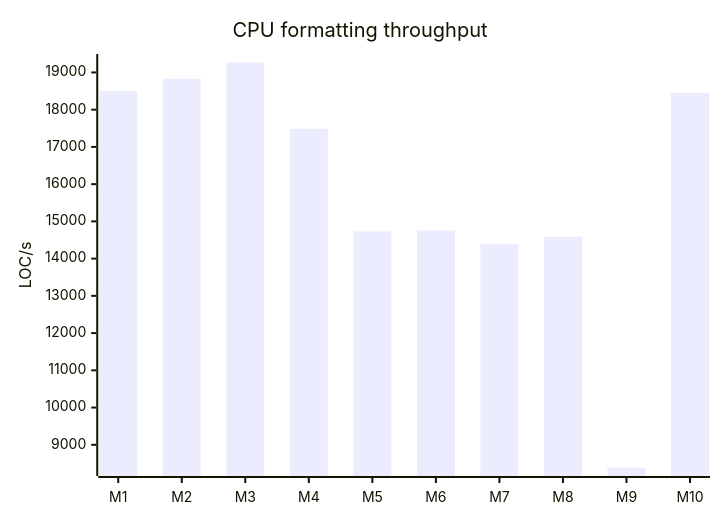
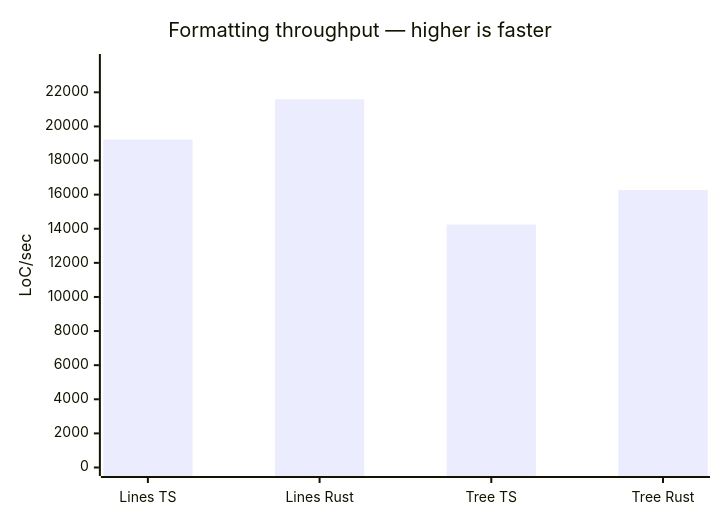
One commit to kossnocorp/spacer changed the third of 10 diagrams in docs/benchmark.md. Above: the diagram before and after it, drawn with Mermaid. The commit also changed other lines of this file and 44 other files, not shown here.

````diff
--- a/docs/benchmark.md
+++ b/docs/benchmark.md
@@ -30,7 +50,7 @@
 ```mermaid
 xychart-beta
-  title "CPU formatting throughput"
-  x-axis [M1, M2, M3, M4, M5, M6, M7, M8, M9, M10]
-  y-axis "LOC/s"
-  bar [18501, 18833, 19267, 17484, 14729, 14756, 14395, 14588, 8390, 18450]
+  title "Formatting throughput — higher is faster"
+  x-axis ["Lines TS", "Lines Rust", "Tree TS", "Tree Rust"]
+  y-axis "LoC/sec" 0 --> 23748
+  bar [19227, 21589, 14242, 16272]
 ```
````
